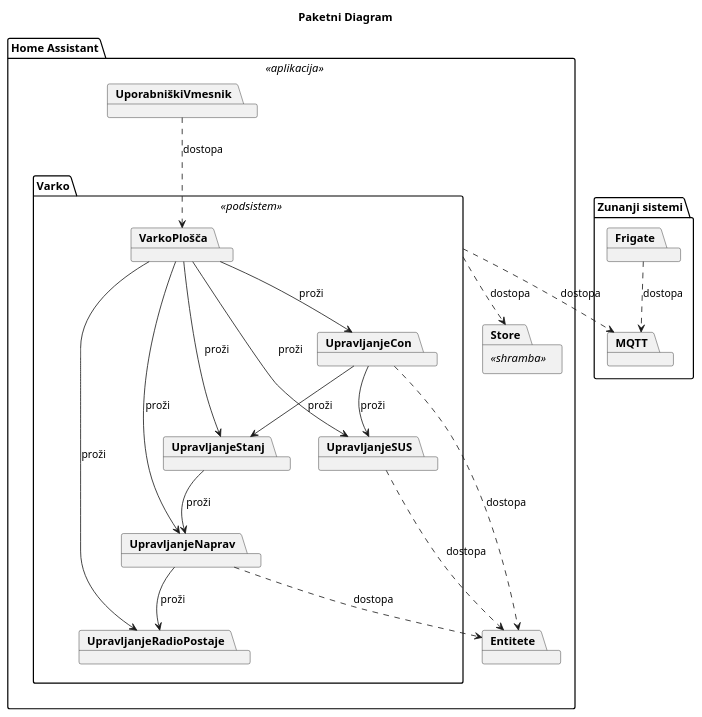
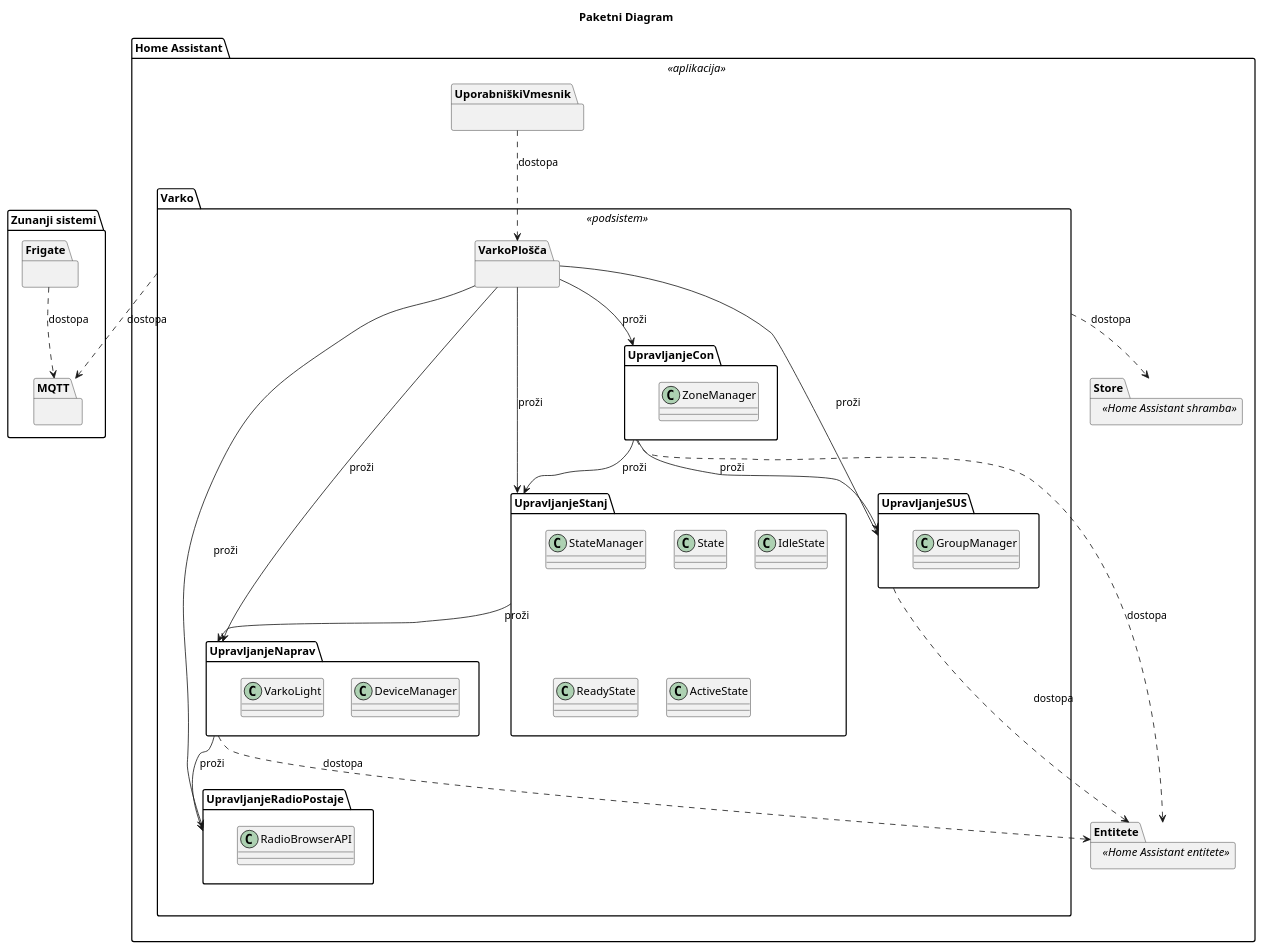
The diagram in docs/gradivo/plantuml/Izvedljiv sistem/diagram_paketni.puml (TPO-2024-2025/Varko), drawn with PlantUML before and after one commit. The commit also changed 2 other files, not shown here.

Commit message:
Popravljen paketni diagram

```diff
--- a/docs/gradivo/plantuml/Izvedljiv sistem/diagram_paketni.puml
+++ b/docs/gradivo/plantuml/Izvedljiv sistem/diagram_paketni.puml
@@ -1,42 +1,63 @@
 @startuml
 title Paketni Diagram
 
 package "Home Assistant" <<aplikacija>> {
 
-    package "UporabniškiVmesnik"
-    package "Store" <<shramba>>
-    package "Entitete"
+    package "UporabniškiVmesnik" {
+    }
+    package "Store" <<Home Assistant shramba>> {
+    }
+    package "Entitete" <<Home Assistant entitete>> {
+    }
 
     package "Varko" <<podsistem>> {
-        package "VarkoPlošča"
-        package "UpravljanjeNaprav"
-        package "UpravljanjeCon"
-        package "UpravljanjeSUS"
-        package "UpravljanjeStanj"
-        package "UpravljanjeRadioPostaje"
+        package "VarkoPlošča" {
+        }
+        package "UpravljanjeNaprav" {
+            class DeviceManager {}
+            class VarkoLight {}
+        }
+        package "UpravljanjeCon" {
+            class ZoneManager {}
+        }
+        package "UpravljanjeSUS" {
+            class GroupManager {}
+        }
+        package "UpravljanjeStanj" {
+            class StateManager {}
+            class State {}
+            class IdleState {}
+            class ReadyState {}
+            class ActiveState {}
+        }
+        package "UpravljanjeRadioPostaje" {
+            class RadioBrowserAPI {}
+        }
     }
 
 }
 
 package "Zunanji sistemi" {
-     package "Frigate"
-     package "MQTT"
+    package "Frigate" {
+    }
+    package "MQTT" {
+    }
 }
 
 UporabniškiVmesnik .-> VarkoPlošča : "dostopa"
 Varko .-> MQTT : "dostopa"
 Frigate .-> MQTT : "dostopa"
 UpravljanjeStanj --> UpravljanjeNaprav : "proži"
 UpravljanjeCon --> UpravljanjeStanj : "proži"
 UpravljanjeCon --> UpravljanjeSUS : "proži"
 VarkoPlošča --> UpravljanjeNaprav : "proži"
 VarkoPlošča --> UpravljanjeCon : "proži"
 VarkoPlošča --> UpravljanjeSUS : "proži"
 VarkoPlošča --> UpravljanjeStanj : "proži"
 VarkoPlošča --> UpravljanjeRadioPostaje : "proži"
 UpravljanjeNaprav .-> Entitete : "dostopa"
 UpravljanjeNaprav --> UpravljanjeRadioPostaje : "proži"
 UpravljanjeSUS .-> Entitete : "dostopa"
 UpravljanjeCon .-> Entitete : "dostopa"
 Varko .-> Store : "dostopa"
 @enduml
```
